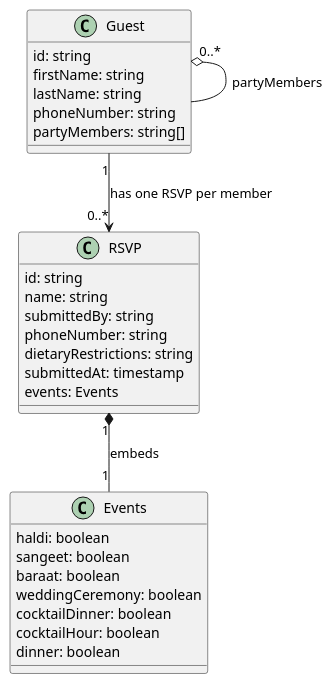
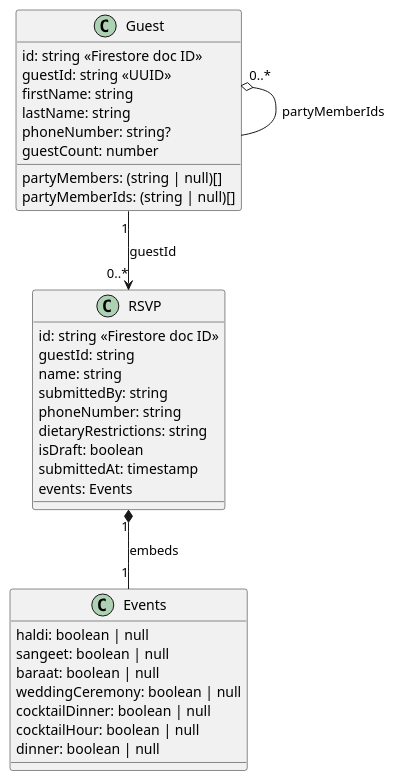
The diagram in docs/rsvp-data-model.md (Shanav12/Salwan-Bagga-Wedding), drawn with PlantUML before and after one commit. The commit also changed other lines of this file and 12 other files, not shown here.

Commit message:
feat: adding UUID for all guests after refactoring RSVP data model

````diff
--- a/docs/rsvp-data-model.md
+++ b/docs/rsvp-data-model.md
@@ -5,37 +5,42 @@
 ```plantuml
 @startuml
 
 class Guest {
-  id: string
+  id: string <<Firestore doc ID>>
+  guestId: string <<UUID>>
   firstName: string
   lastName: string
-  phoneNumber: string
-  partyMembers: string[]
+  phoneNumber: string?
+  guestCount: number
+  partyMembers: (string | null)[]
+  partyMemberIds: (string | null)[]
 }
 
 class RSVP {
-  id: string
+  id: string <<Firestore doc ID>>
+  guestId: string
   name: string
   submittedBy: string
   phoneNumber: string
   dietaryRestrictions: string
+  isDraft: boolean
   submittedAt: timestamp
   events: Events
 }
 
 class Events {
-  haldi: boolean
-  sangeet: boolean
-  baraat: boolean
-  weddingCeremony: boolean
-  cocktailDinner: boolean
-  cocktailHour: boolean
-  dinner: boolean
+  haldi: boolean | null
+  sangeet: boolean | null
+  baraat: boolean | null
+  weddingCeremony: boolean | null
+  cocktailDinner: boolean | null
+  cocktailHour: boolean | null
+  dinner: boolean | null
 }
 
-Guest "1" --> "0..*" RSVP : has one RSVP per member
-Guest "0..*" o-- Guest : partyMembers
+Guest "1" --> "0..*" RSVP : guestId
+Guest "0..*" o-- Guest : partyMemberIds
 RSVP "1" *-- "1" Events : embeds
 
 @enduml
 ```
````
